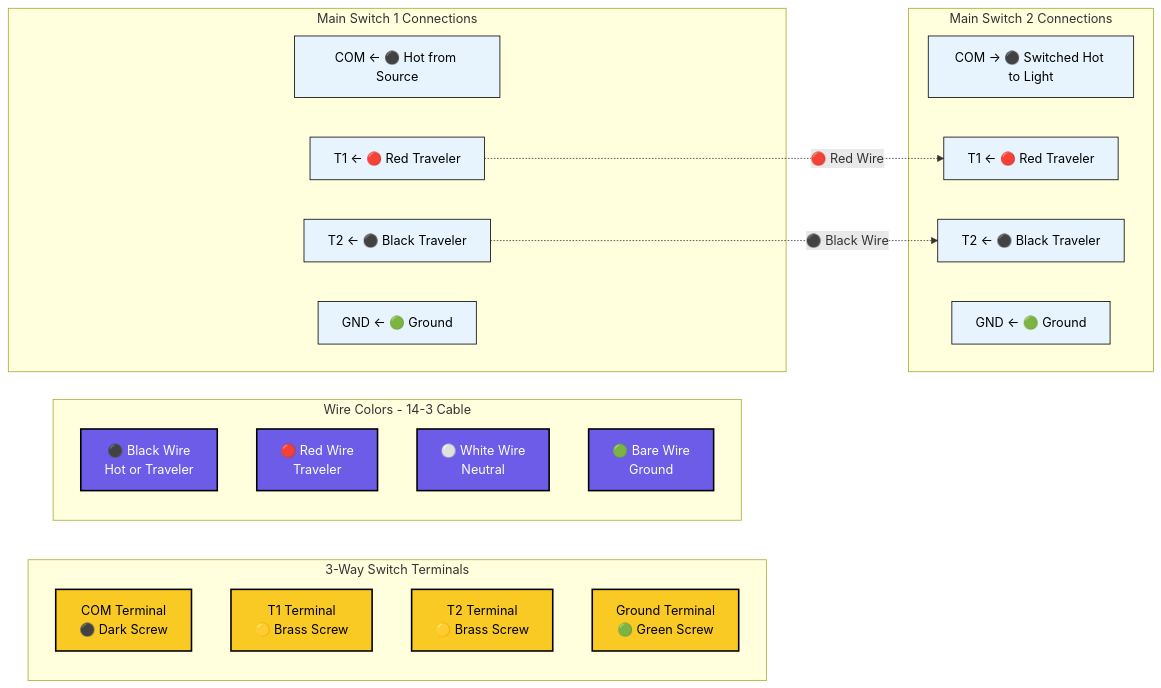
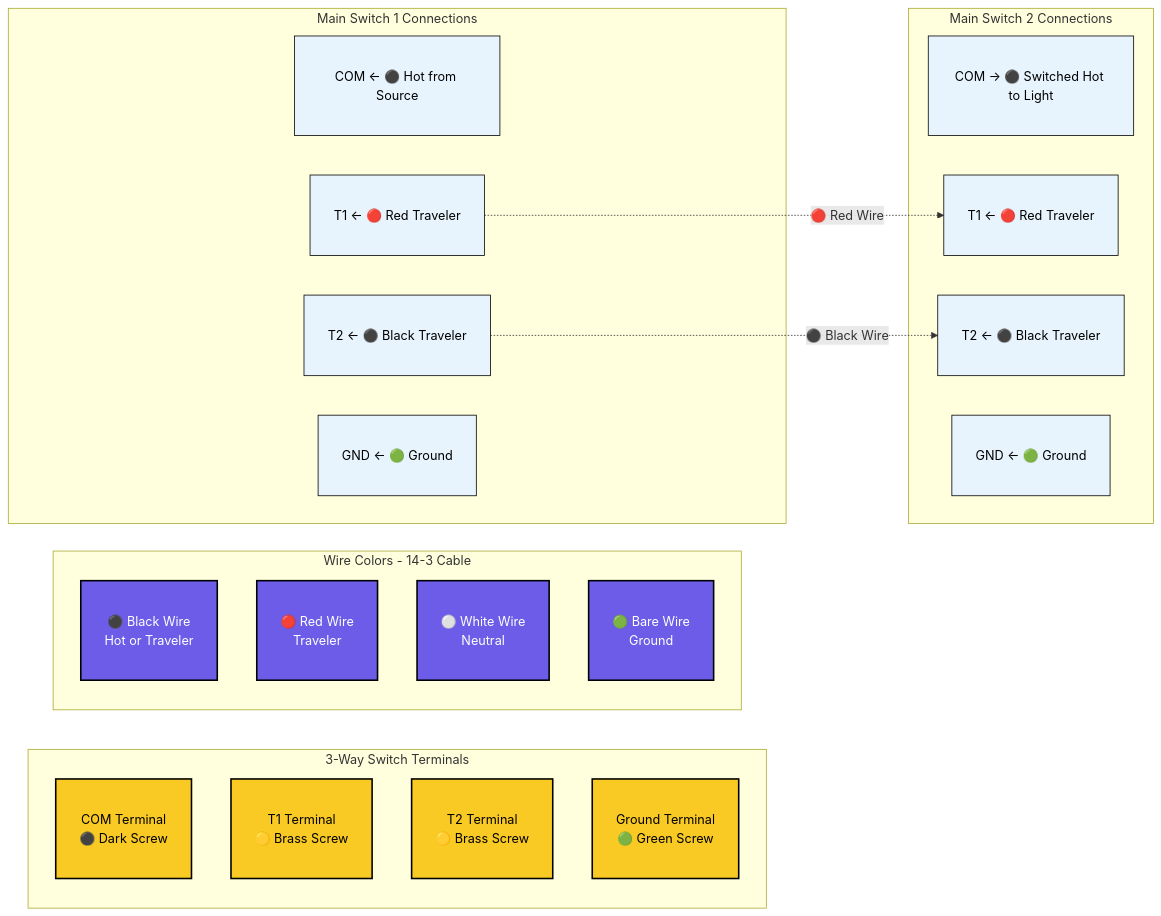
Before and after one commit to ticklemycode/electrical-wiring: the fourth of 8 diagrams in diagrams/mermaid-wiring-diagram.md, drawn with Mermaid. The commit also changed other lines of this file, not shown here.

````diff
--- a/diagrams/mermaid-wiring-diagram.md
+++ b/diagrams/mermaid-wiring-diagram.md
@@ -190,43 +190,43 @@
 ```mermaid
 flowchart LR
     subgraph "3-Way Switch Terminals"
         direction TB
         COM[COM Terminal<br/>⚫ Dark Screw]
         T1[T1 Terminal<br/>🟡 Brass Screw]
         T2[T2 Terminal<br/>🟡 Brass Screw]
         GND[Ground Terminal<br/>🟢 Green Screw]
     end
     
     subgraph "Wire Colors - 14-3 Cable"
         BLACK[⚫ Black Wire<br/>Hot or Traveler]
         RED[🔴 Red Wire<br/>Traveler]
         WHITE[⚪ White Wire<br/>Neutral]
         BARE[🟢 Bare Wire<br/>Ground]
     end
     
     subgraph "Main Switch 1 Connections"
         MS1_COM[COM ← ⚫ Hot from Source]
         MS1_T1[T1 ← 🔴 Red Traveler]
         MS1_T2[T2 ← ⚫ Black Traveler]
         MS1_GND[GND ← 🟢 Ground]
     end
     
     subgraph "Main Switch 2 Connections"
         MS2_COM[COM → ⚫ Switched Hot to Light]
         MS2_T1[T1 ← 🔴 Red Traveler]
         MS2_T2[T2 ← ⚫ Black Traveler]
         MS2_GND[GND ← 🟢 Ground]
     end
     
     %% Traveler Connections
     MS1_T1 -.->|🔴 Red Wire| MS2_T1
     MS1_T2 -.->|⚫ Black Wire| MS2_T2
     
-    classDef terminalStyle fill:#f9ca24,stroke:#000,stroke-width:2px,color:#000
-    classDef wireStyle fill:#6c5ce7,stroke:#000,stroke-width:2px,color:#fff
-    classDef connectionStyle fill:#e8f4fd,stroke:#000,stroke-width:1px,color:#000
+    classDef terminalStyle fill:#f9ca24,stroke:#000,stroke-width:2px,color:#000,padding:15px
+    classDef wireStyle fill:#6c5ce7,stroke:#000,stroke-width:2px,color:#fff,padding:15px
+    classDef connectionStyle fill:#e8f4fd,stroke:#000,stroke-width:1px,color:#000,padding:15px
     
     class COM,T1,T2,GND terminalStyle
     class BLACK,RED,WHITE,BARE wireStyle
     class MS1_COM,MS1_T1,MS1_T2,MS1_GND,MS2_COM,MS2_T1,MS2_T2,MS2_GND connectionStyle
 ```
````
